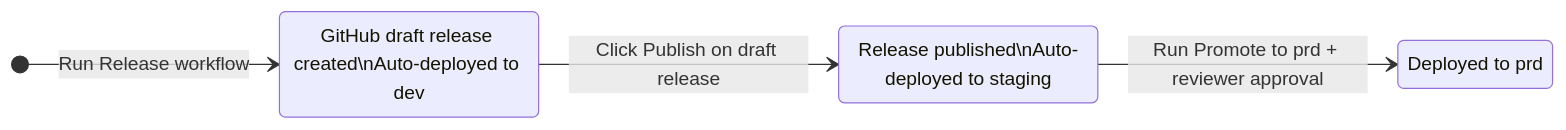
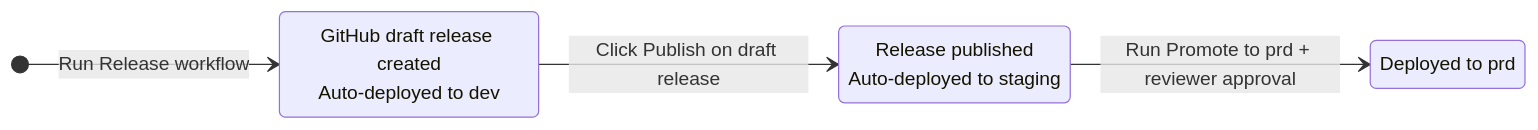
Before and after one commit to rodekruis/qualitative-feedback-analysis: the first of 2 diagrams in README.md, drawn with Mermaid. The commit also changed other lines of this file, not shown here.

First line of the commit message:
docs(readme): update terminology and clarify architecture and deployment details

````diff
--- a/README.md
+++ b/README.md
@@ -55,11 +54,11 @@
 ```mermaid
 stateDiagram-v2
     direction LR
-    state "GitHub draft release created\nAuto-deployed to dev" as Dev
-    state "Release published\nAuto-deployed to staging" as Published
+    state "GitHub draft release created<br/>Auto-deployed to dev" as Dev
+    state "Release published<br/>Auto-deployed to staging" as Published
     state "Deployed to prd" as Prd
 
     [*] --> Dev: Run Release workflow
     Dev --> Published: Click Publish on draft release
     Published --> Prd: Run Promote to prd + reviewer approval
 ```
````
